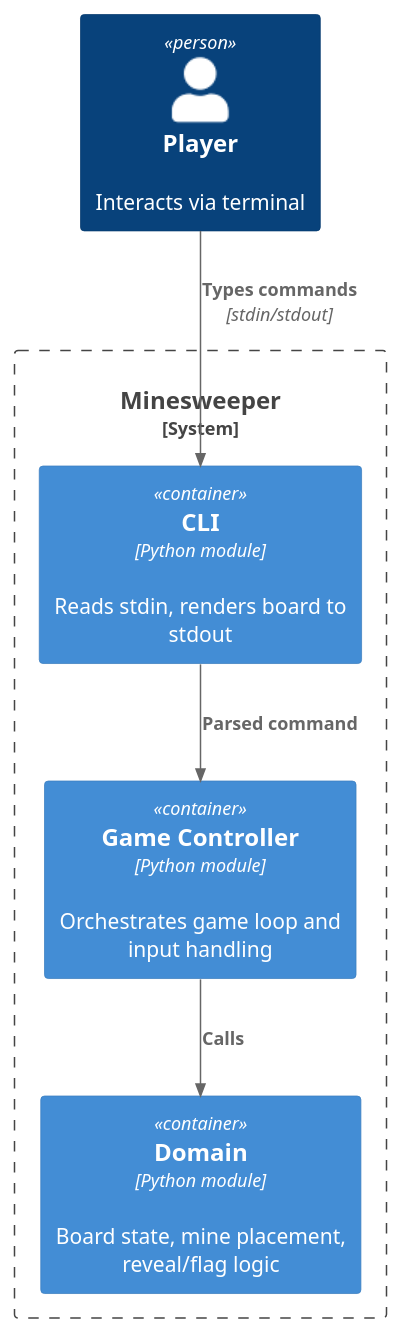
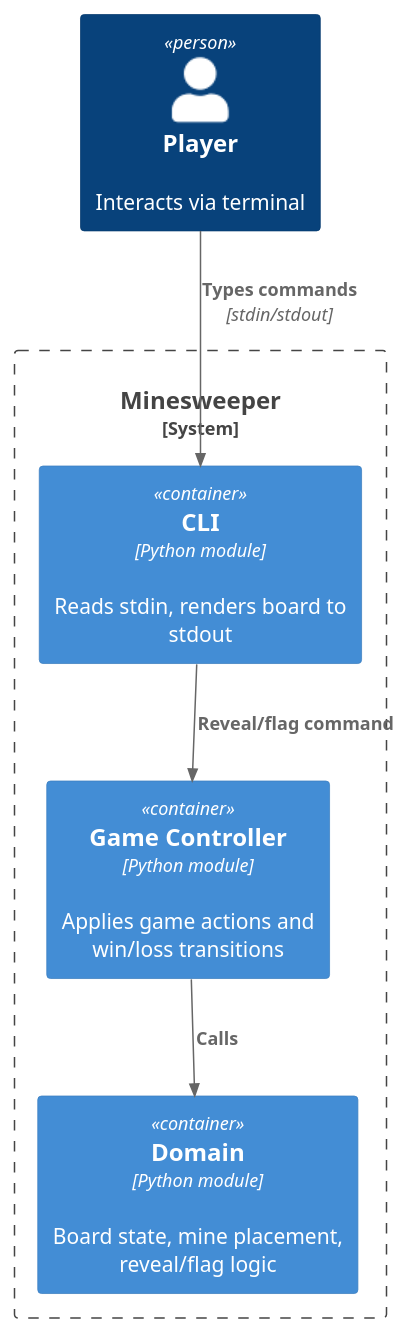
Before and after one commit to ktzjana/sdp-powered-by-ai-agents-jana-petrovic: the diagram in docs/architecture/diagrams/c4-container.puml, drawn with PlantUML. The commit also changed 17 other files, not shown here.

Commit message:
docs: align architecture docs and diagrams with current minesweeper code

```diff
--- a/docs/architecture/diagrams/c4-container.puml
+++ b/docs/architecture/diagrams/c4-container.puml
@@ -1,16 +1,16 @@
 @startuml c4-container
 !include c4-lib/C4_Container.puml
 
 Person(player, "Player", "Interacts via terminal")
 
 System_Boundary(minesweeper, "Minesweeper") {
   Container(cli, "CLI", "Python module", "Reads stdin, renders board to stdout")
-  Container(controller, "Game Controller", "Python module", "Orchestrates game loop and input handling")
+  Container(controller, "Game Controller", "Python module", "Applies game actions and win/loss transitions")
   Container(domain, "Domain", "Python module", "Board state, mine placement, reveal/flag logic")
 }
 
 Rel(player, cli, "Types commands", "stdin/stdout")
-Rel(cli, controller, "Parsed command")
+Rel(cli, controller, "Reveal/flag command")
 Rel(controller, domain, "Calls")
 
 @enduml
```
